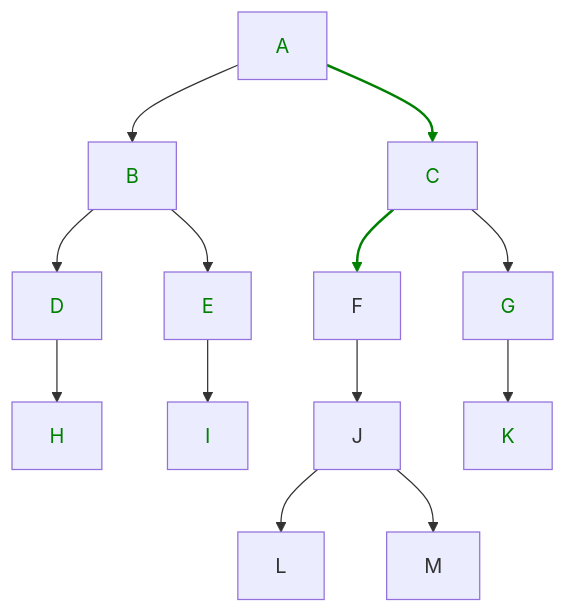
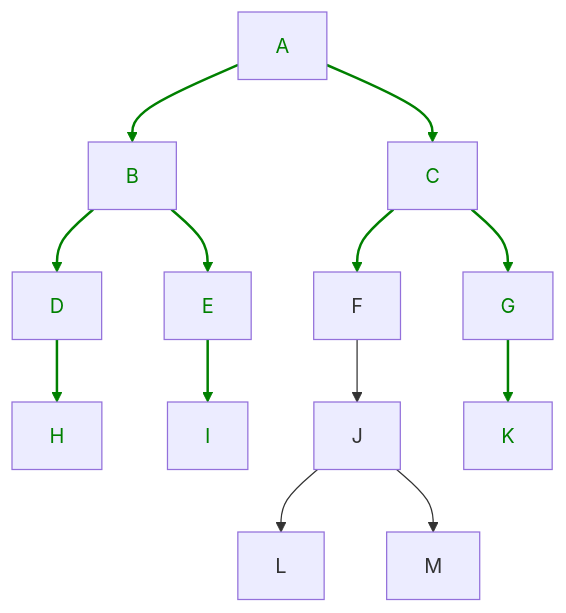
One commit to bringauto/packager changed the fifth of 6 diagrams in doc/UseCaseScenarios.md. Above: the diagram before and after it, drawn with Mermaid. The commit also changed other lines of this file and 3 other files, not shown here.

````diff
--- a/doc/UseCaseScenarios.md
+++ b/doc/UseCaseScenarios.md
@@ -173,28 +173,35 @@
 ```mermaid
 graph TD
     A
     A --> B
     A --> C
     B --> D
     B --> E
     C --> F
     C --> G
     D --> H
     E --> I
     F --> J
     G --> K
     J --> L
     J --> M
 
     style C color:green;
     style G color:green;
     style K color:green;
     style A color:green;
     style B color:green;
     style D color:green;
     style E color:green;
     style H color:green;
     style I color:green;
+    linkStyle 0 stroke:green,stroke-width:2px;
     linkStyle 1 stroke:green,stroke-width:2px;
+    linkStyle 2 stroke:green,stroke-width:2px;
+    linkStyle 3 stroke:green,stroke-width:2px;
     linkStyle 4 stroke:green,stroke-width:2px;
+    linkStyle 5 stroke:green,stroke-width:2px;
+    linkStyle 6 stroke:green,stroke-width:2px;
+    linkStyle 7 stroke:green,stroke-width:2px;
+    linkStyle 9 stroke:green,stroke-width:2px;
 ```
````
